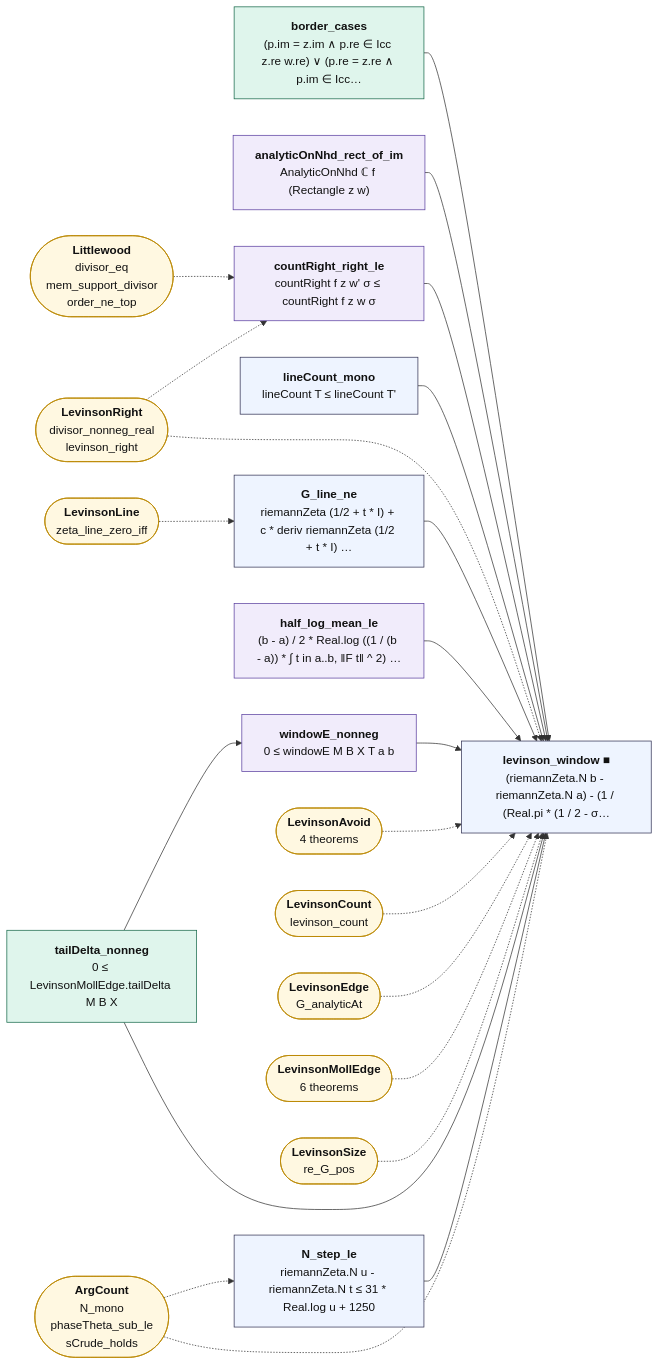
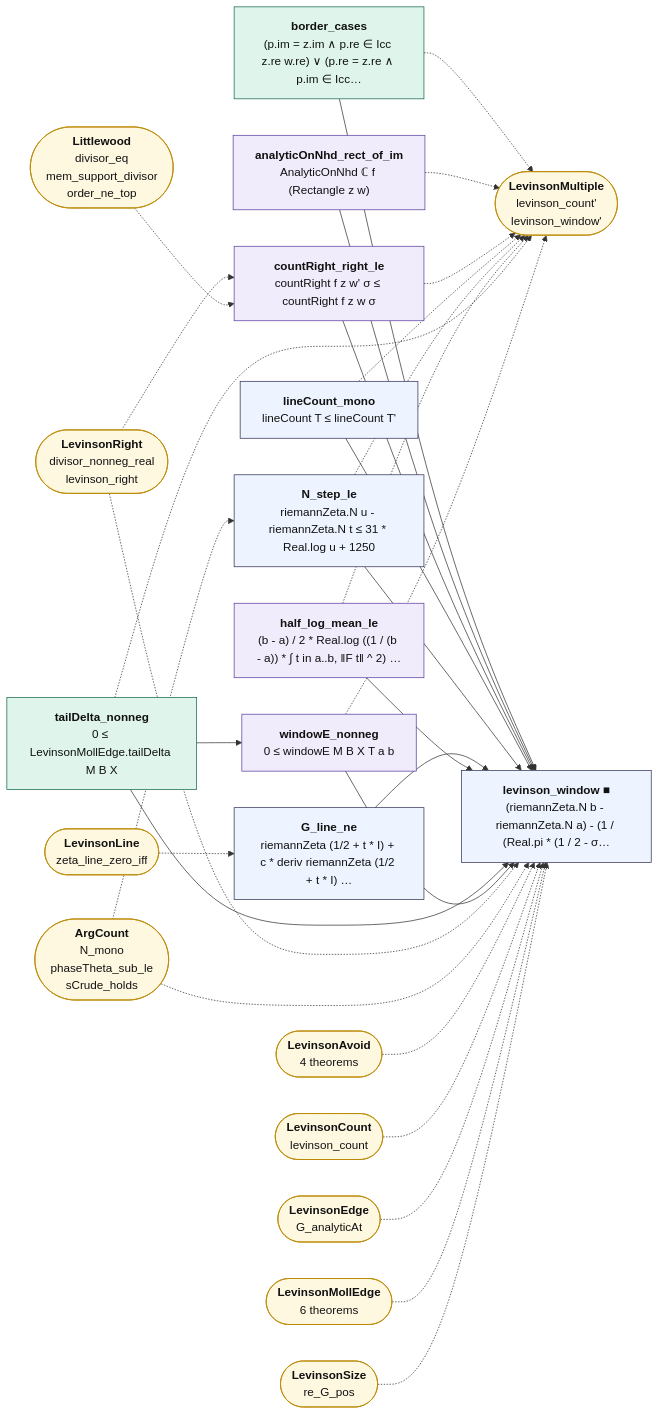
One commit to juliansambranojr/Primebeat_081426 changed the diagram in map/lean_stage3/LevinsonWindow.md. Above: the diagram before and after it, drawn with Mermaid. The commit also changed other lines of this file and 39 other files, not shown here.

````diff
--- a/map/lean_stage3/LevinsonWindow.md
+++ b/map/lean_stage3/LevinsonWindow.md
@@ -14,51 +14,60 @@
 ```mermaid
 flowchart LR
   n0["<b>border_cases</b><br/>(p.im = z.im ∧ p.re ∈ Icc z.re w.re) ∨ (p.re = z.re ∧ p.im ∈ Icc…"]:::cnt
   n1["<b>analyticOnNhd_rect_of_im</b><br/>AnalyticOnNhd ℂ f (Rectangle z w)"]:::shp
   n2["<b>countRight_right_le</b><br/>countRight f z w' σ ≤ countRight f z w σ"]:::shp
   n3["<b>lineCount_mono</b><br/>lineCount T ≤ lineCount T'"]:::thm
   n4["<b>N_step_le</b><br/>riemannZeta.N u - riemannZeta.N t ≤ 31 * Real.log u + 1250"]:::thm
   n5["<b>G_line_ne</b><br/>riemannZeta (1/2 + t * I) + c * deriv riemannZeta (1/2 + t * I) …"]:::thm
   n6["<b>half_log_mean_le</b><br/>(b - a) / 2 * Real.log ((1 / (b - a)) * ∫ t in a..b, ‖F t‖ ^ 2) …"]:::shp
   n7["<b>tailDelta_nonneg</b><br/>0 ≤ LevinsonMollEdge.tailDelta M B X"]:::cnt
   n8["<b>windowE_nonneg</b><br/>0 ≤ windowE M B X T a b"]:::shp
   n9["<b>levinson_window ■</b><br/>(riemannZeta.N b - riemannZeta.N a) - (1 / (Real.pi * (1 / 2 - σ…"]:::thm
-  x0(["<b>LevinsonRight</b><br/>divisor_nonneg_real<br/>levinson_right"]):::ext
-  x1(["<b>Littlewood</b><br/>divisor_eq<br/>mem_support_divisor<br/>order_ne_top"]):::ext
-  x2(["<b>ArgCount</b><br/>N_mono<br/>phaseTheta_sub_le<br/>sCrude_holds"]):::ext
-  x3(["<b>LevinsonLine</b><br/>zeta_line_zero_iff"]):::ext
-  x4(["<b>LevinsonAvoid</b><br/>4 theorems"]):::ext
-  x5(["<b>LevinsonCount</b><br/>levinson_count"]):::ext
-  x6(["<b>LevinsonEdge</b><br/>G_analyticAt"]):::ext
-  x7(["<b>LevinsonMollEdge</b><br/>6 theorems"]):::ext
-  x8(["<b>LevinsonSize</b><br/>re_G_pos"]):::ext
+  x0(["<b>LevinsonMultiple</b><br/>levinson_count'<br/>levinson_window'"]):::ext
+  x1(["<b>LevinsonRight</b><br/>divisor_nonneg_real<br/>levinson_right"]):::ext
+  x2(["<b>Littlewood</b><br/>divisor_eq<br/>mem_support_divisor<br/>order_ne_top"]):::ext
+  x3(["<b>ArgCount</b><br/>N_mono<br/>phaseTheta_sub_le<br/>sCrude_holds"]):::ext
+  x4(["<b>LevinsonLine</b><br/>zeta_line_zero_iff"]):::ext
+  x5(["<b>LevinsonAvoid</b><br/>4 theorems"]):::ext
+  x6(["<b>LevinsonCount</b><br/>levinson_count"]):::ext
+  x7(["<b>LevinsonEdge</b><br/>G_analyticAt"]):::ext
+  x8(["<b>LevinsonMollEdge</b><br/>6 theorems"]):::ext
+  x9(["<b>LevinsonSize</b><br/>re_G_pos"]):::ext
   n0 --> n9
   n1 --> n9
   n2 --> n9
   n3 --> n9
   n4 --> n9
   n5 --> n9
   n6 --> n9
   n7 --> n8
   n7 --> n9
   n8 --> n9
-  x0 -.-> n2
-  x0 -.-> n9
+  n0 -.-> x0
+  n1 -.-> x0
+  n2 -.-> x0
+  n3 -.-> x0
+  n4 -.-> x0
+  n6 -.-> x0
+  n7 -.-> x0
+  n8 -.-> x0
   x1 -.-> n2
-  x2 -.-> n4
-  x2 -.-> n9
-  x3 -.-> n5
-  x4 -.-> n9
+  x1 -.-> n9
+  x2 -.-> n2
+  x3 -.-> n4
+  x3 -.-> n9
+  x4 -.-> n5
   x5 -.-> n9
   x6 -.-> n9
   x7 -.-> n9
   x8 -.-> n9
+  x9 -.-> n9
   classDef cnt fill:#dff5ec,stroke:#17694a,color:#111
   classDef shp fill:#f1ecfb,stroke:#5b3fa0,color:#111
   classDef rh fill:#ffe5e5,stroke:#c22,color:#111,stroke-width:2px
   classDef thm fill:#eef4ff,stroke:#335,color:#111
   classDef end_ fill:#e7f7e7,stroke:#2a7,color:#111,stroke-width:2px
   classDef lone fill:#fff,stroke:#999,color:#111,stroke-dasharray:4 3
   classDef bad fill:#ffe5e5,stroke:#c22,color:#111,stroke-width:2px
   classDef ext fill:#fff8e1,stroke:#b80,color:#111
 ```
````
